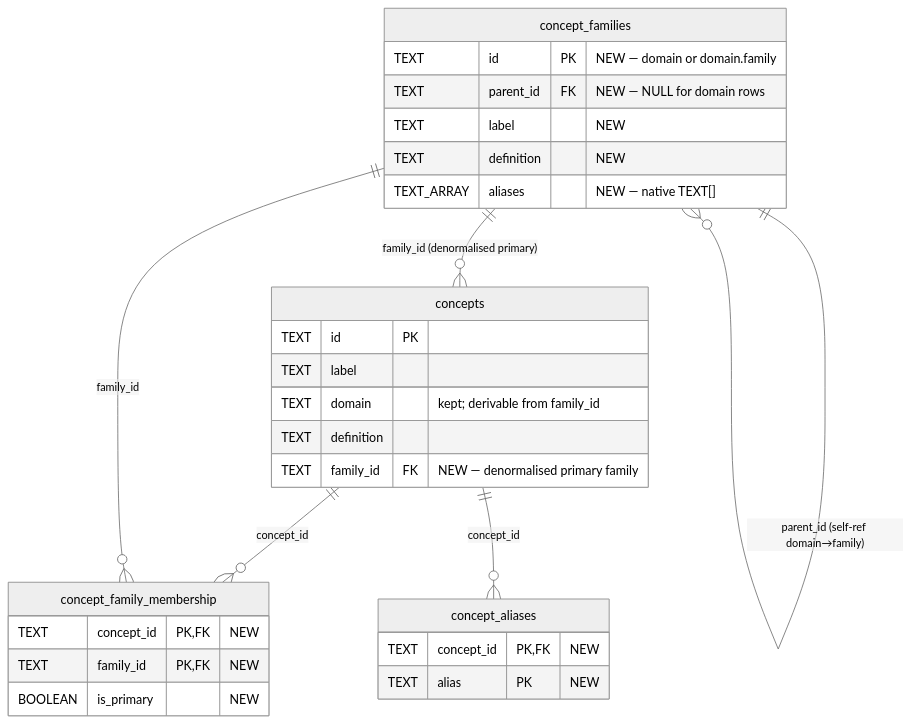
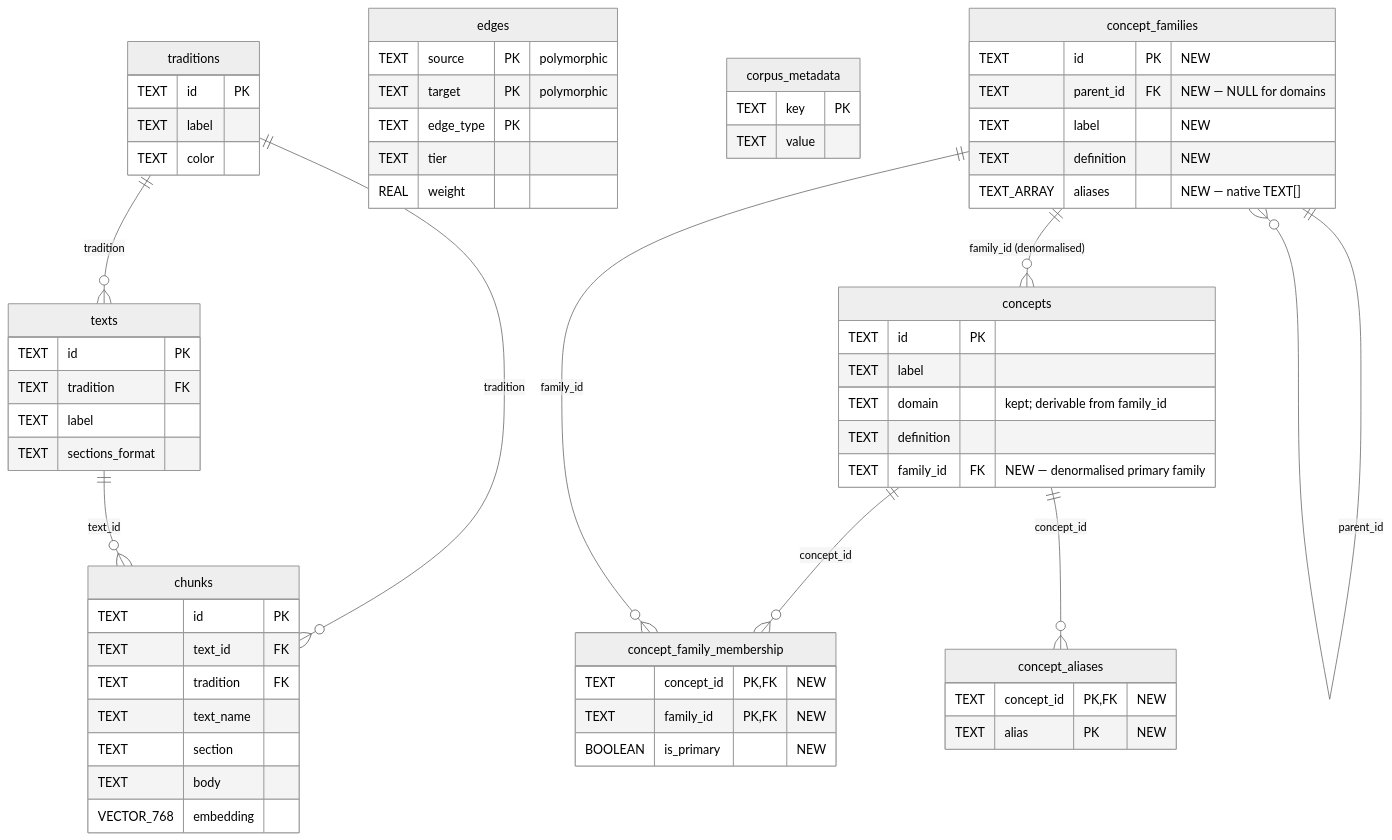
Before and after one commit to 4-R-C-4-N-4/guru: the fourth of 4 diagrams in docs/concept-hierarchy/schema-diagrams.md, drawn with Mermaid (neutral theme). The commit also changed other lines of this file and 10 other files, not shown here.

First line of the commit message:
concept-hierarchy: four whole-DB diagrams instead of six sub-diagrams

````diff
--- a/docs/concept-hierarchy/schema-diagrams.md
+++ b/docs/concept-hierarchy/schema-diagrams.md
@@ -201,35 +242,74 @@
 ```mermaid
 erDiagram
+    traditions {
+        TEXT id PK
+        TEXT label
+        TEXT color
+    }
+
+    texts {
+        TEXT id PK
+        TEXT tradition FK
+        TEXT label
+        TEXT sections_format
+    }
+
     concepts {
         TEXT id PK
         TEXT label
         TEXT domain "kept; derivable from family_id"
         TEXT definition
         TEXT family_id FK "NEW — denormalised primary family"
     }
 
+    chunks {
+        TEXT id PK
+        TEXT text_id FK
+        TEXT tradition FK
+        TEXT text_name
+        TEXT section
+        TEXT body
+        VECTOR_768 embedding
+    }
+
+    edges {
+        TEXT source PK "polymorphic"
+        TEXT target PK "polymorphic"
+        TEXT edge_type PK
+        TEXT tier
+        REAL weight
+    }
+
+    corpus_metadata {
+        TEXT key PK
+        TEXT value
+    }
+
     concept_families {
-        TEXT id PK "NEW — domain or domain.family"
-        TEXT parent_id FK "NEW — NULL for domain rows"
+        TEXT id PK "NEW"
+        TEXT parent_id FK "NEW — NULL for domains"
         TEXT label "NEW"
         TEXT definition "NEW"
         TEXT_ARRAY aliases "NEW — native TEXT[]"
     }
 
     concept_family_membership {
         TEXT concept_id PK, FK "NEW"
         TEXT family_id PK, FK "NEW"
         BOOLEAN is_primary "NEW"
     }
 
     concept_aliases {
         TEXT concept_id PK, FK "NEW"
         TEXT alias PK "NEW"
     }
 
-    concept_families ||--o{ concept_families : "parent_id (self-ref domain→family)"
-    concept_families ||--o{ concepts : "family_id (denormalised primary)"
+    traditions ||--o{ texts : "tradition"
+    traditions ||--o{ chunks : "tradition"
+    texts ||--o{ chunks : "text_id"
+    concept_families ||--o{ concept_families : "parent_id"
+    concept_families ||--o{ concepts : "family_id (denormalised)"
     concepts ||--o{ concept_family_membership : "concept_id"
     concept_families ||--o{ concept_family_membership : "family_id"
     concepts ||--o{ concept_aliases : "concept_id"
 ```
````
